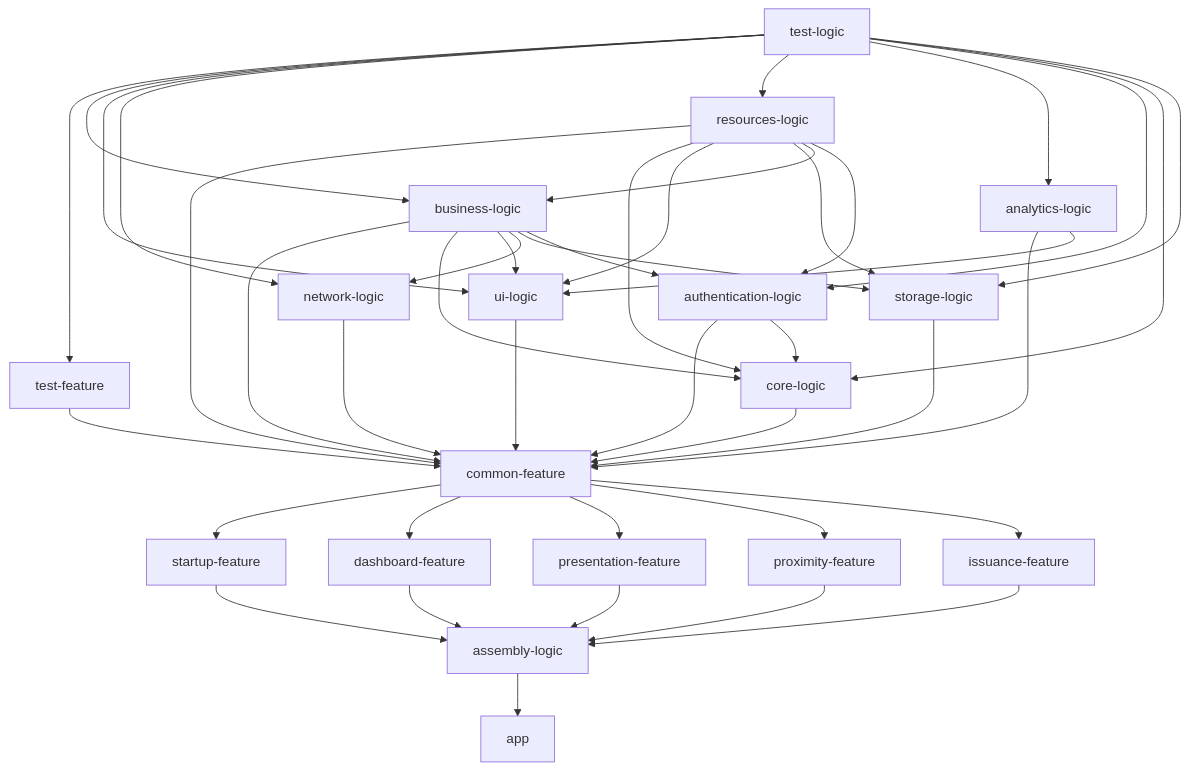
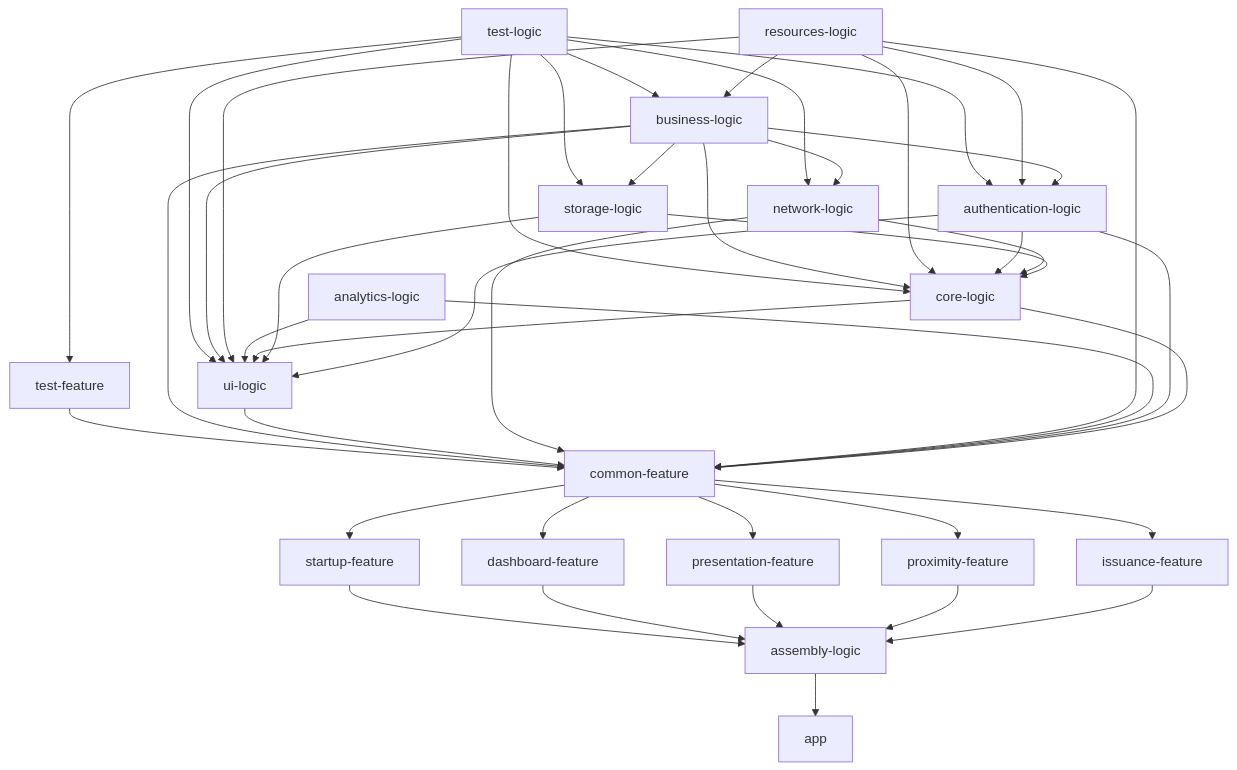
The diagram in README.md (eu-digital-identity-wallet/eudi-app-android-wallet-ui), drawn with Mermaid before and after one commit. The commit also changed other lines of this file and 11 other files, not shown here.

````diff
--- a/README.md
+++ b/README.md
@@ -326,56 +328,56 @@
 ```mermaid
 graph TD;
   assembly-logic --> app
 
   startup-feature --> assembly-logic
   dashboard-feature --> assembly-logic
   presentation-feature --> assembly-logic
   proximity-feature --> assembly-logic
   issuance-feature --> assembly-logic
   
   test-logic --> test-feature
   test-feature --> common-feature
   
   test-logic --> business-logic
   test-logic --> ui-logic
   test-logic --> network-logic
-  test-logic --> resources-logic
-  test-logic --> analytics-logic
   test-logic --> authentication-logic
   test-logic --> core-logic
   test-logic --> storage-logic
 
   common-feature --> startup-feature
   common-feature --> dashboard-feature
   common-feature --> presentation-feature
   common-feature --> proximity-feature
   common-feature --> issuance-feature
 
   business-logic --> common-feature
   ui-logic --> common-feature
   network-logic --> common-feature
   resources-logic --> common-feature
   analytics-logic --> common-feature 
   authentication-logic --> common-feature 
   core-logic --> common-feature
-  storage-logic --> common-feature 
 
   business-logic --> core-logic
   resources-logic --> core-logic
   authentication-logic --> core-logic
+  network-logic --> core-logic
+  storage-logic --> core-logic
 
   business-logic --> ui-logic
   resources-logic --> ui-logic
   analytics-logic --> ui-logic
+  core-logic --> ui-logic
+  storage-logic --> ui-logic
+  authentication-logic --> ui-logic
 
   business-logic --> network-logic
   
   business-logic --> storage-logic
-
-  resources-logic --> storage-logic
 
   resources-logic --> business-logic
 
   resources-logic --> authentication-logic
   business-logic --> authentication-logic
 ```
````
